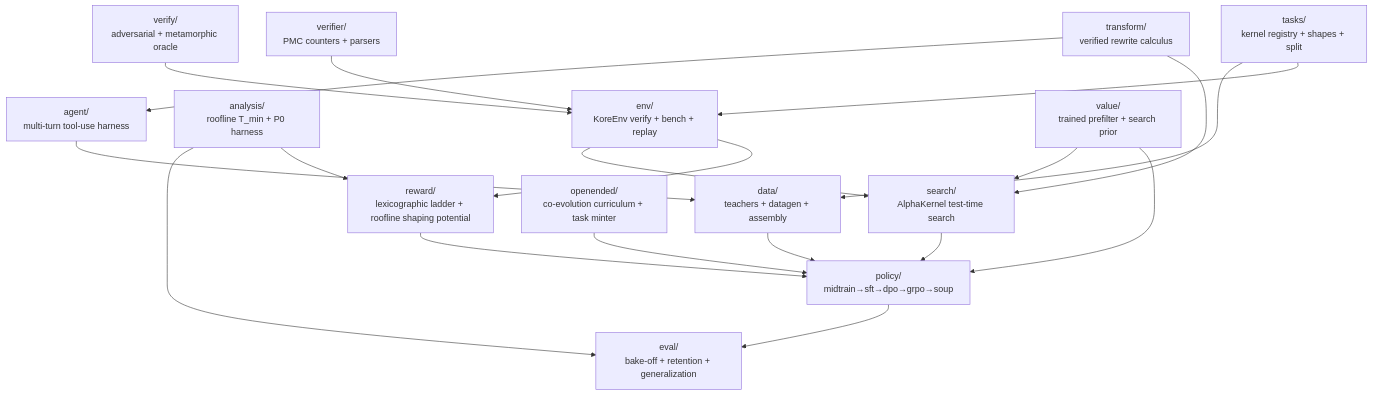
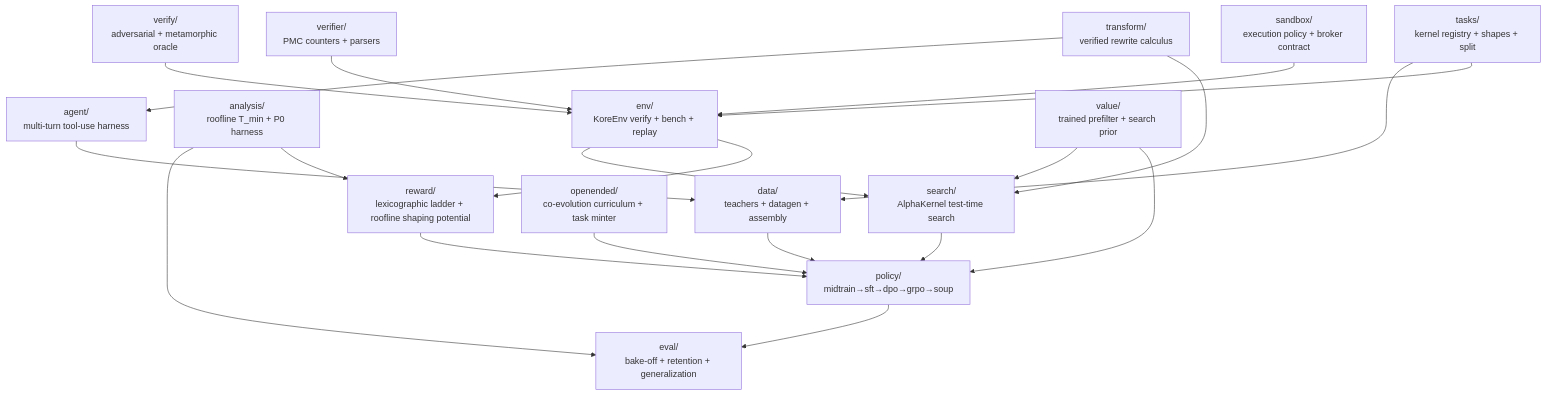
The diagram in kore/README.md (amd-shasriva/KORE), drawn with Mermaid before and after one commit. The commit also changed other lines of this file and 18 other files, not shown here.

First line of the commit message:
feat(sandbox): add fail-closed execution boundary

````diff
--- a/kore/README.md
+++ b/kore/README.md
@@ -13,36 +13,38 @@
 ```mermaid
 flowchart TB
   tasks["tasks/<br/>kernel registry + shapes + split"]
   env["env/<br/>KoreEnv verify + bench + replay"]
+  sandbox["sandbox/<br/>execution policy + broker contract"]
   analysis["analysis/<br/>roofline T_min + P0 harness"]
   reward["reward/<br/>lexicographic ladder + roofline shaping potential"]
   verify["verify/<br/>adversarial + metamorphic oracle"]
   verifier["verifier/<br/>PMC counters + parsers"]
   data["data/<br/>teachers + datagen + assembly"]
   agent["agent/<br/>multi-turn tool-use harness"]
   openended["openended/<br/>co-evolution curriculum + task minter"]
   search["search/<br/>AlphaKernel test-time search"]
   transform["transform/<br/>verified rewrite calculus"]
   policy["policy/<br/>midtrain→sft→dpo→grpo→soup"]
   value["value/<br/>trained prefilter + search prior"]
   eval["eval/<br/>bake-off + retention + generalization"]
 
   tasks --> env
+  sandbox --> env
   env --> reward
   analysis --> reward
   verifier --> env
   verify --> env
   reward --> policy
   data --> policy
   agent --> data
   openended --> policy
   value --> policy
   tasks --> data
   policy --> eval
   analysis --> eval
   transform --> search
   transform --> agent
   value --> search
   env --> search
   search --> policy
 ```
````
